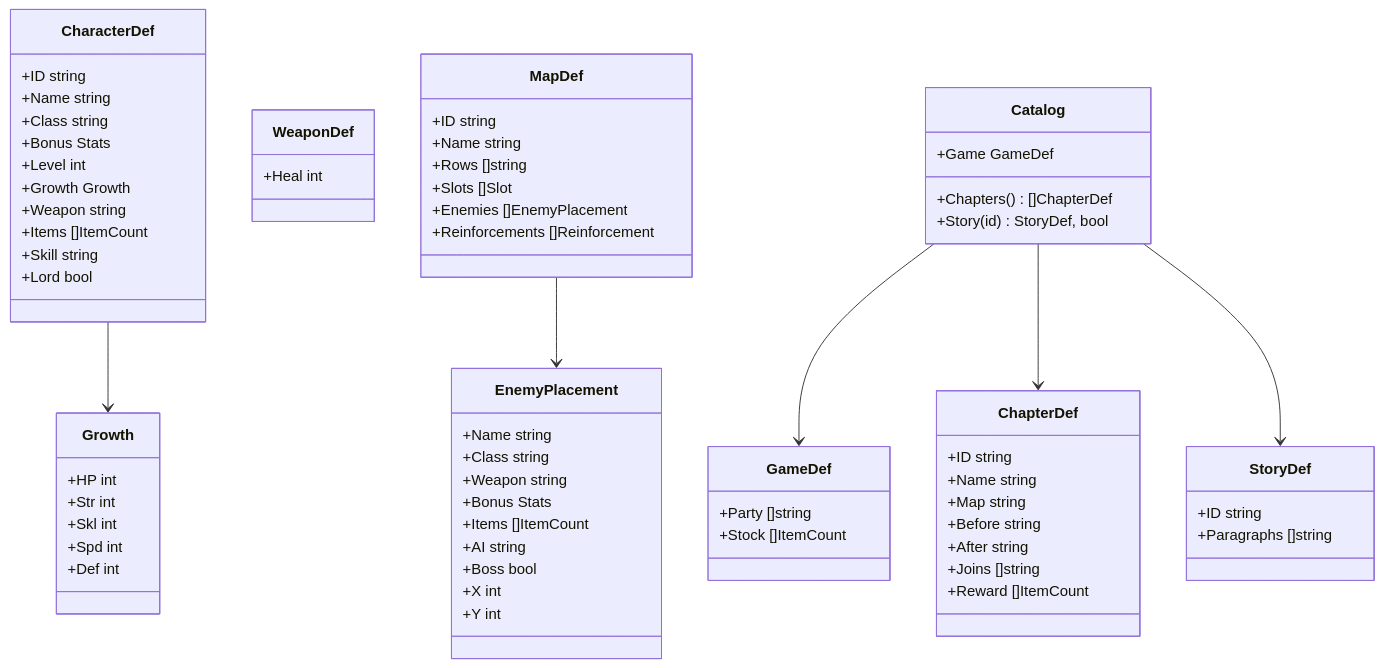
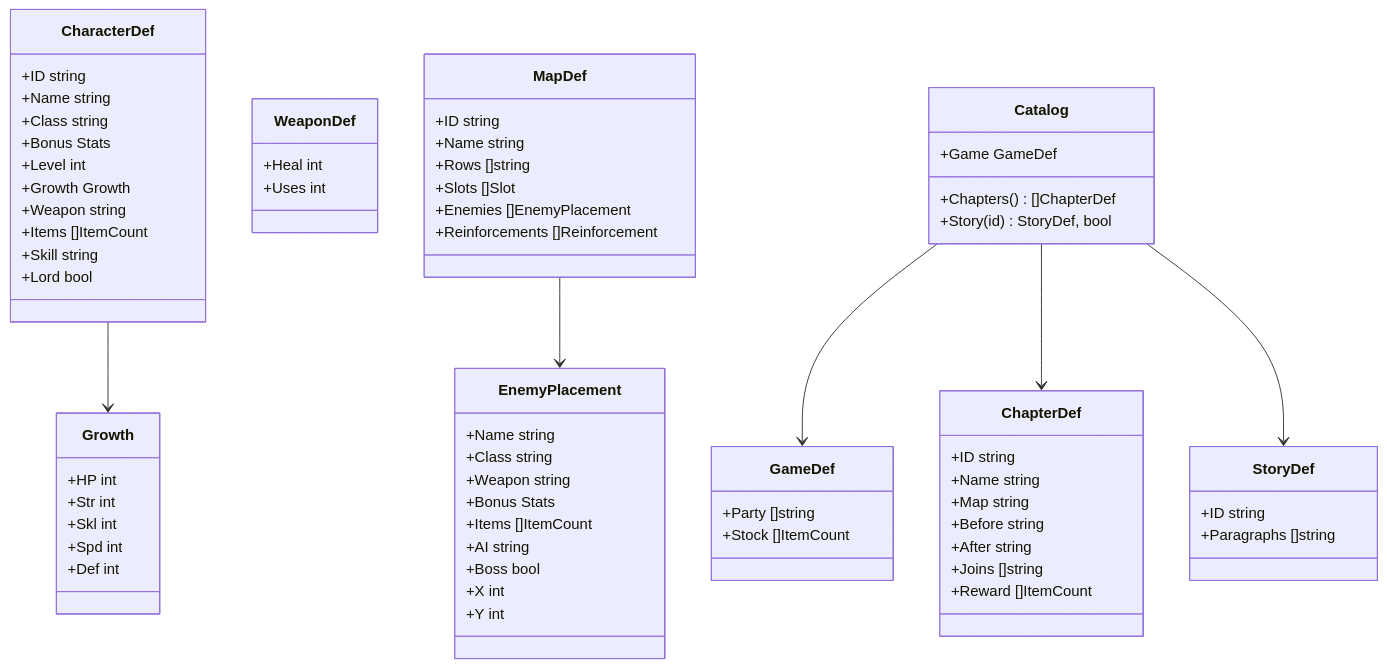
Before and after one commit to sakana396/renkin_tactics: the second of 6 diagrams in docs/03_design/design-it02.md, drawn with Mermaid. The commit also changed other lines of this file and 4 other files, not shown here.

````diff
--- a/docs/03_design/design-it02.md
+++ b/docs/03_design/design-it02.md
@@ -78,71 +79,72 @@
 ```mermaid
 classDiagram
   class GameDef {
     +Party []string
     +Stock []ItemCount
   }
   class CharacterDef {
     +ID string
     +Name string
     +Class string
     +Bonus Stats
     +Level int
     +Growth Growth
     +Weapon string
     +Items []ItemCount
     +Skill string
     +Lord bool
   }
   class Growth {
     +HP int
     +Str int
     +Skl int
     +Spd int
     +Def int
   }
   class WeaponDef {
     +Heal int
+    +Uses int
   }
   class ChapterDef {
     +ID string
     +Name string
     +Map string
     +Before string
     +After string
     +Joins []string
     +Reward []ItemCount
   }
   class StoryDef {
     +ID string
     +Paragraphs []string
   }
   class MapDef {
     +ID string
     +Name string
     +Rows []string
     +Slots []Slot
     +Enemies []EnemyPlacement
     +Reinforcements []Reinforcement
   }
   class EnemyPlacement {
     +Name string
     +Class string
     +Weapon string
     +Bonus Stats
     +Items []ItemCount
     +AI string
     +Boss bool
     +X int
     +Y int
   }
   class Catalog {
     +Game GameDef
     +Chapters() []ChapterDef
     +Story(id) StoryDef, bool
   }
   Catalog --> GameDef
   Catalog --> ChapterDef
   Catalog --> StoryDef
   CharacterDef --> Growth
   MapDef --> EnemyPlacement
 ```
````
